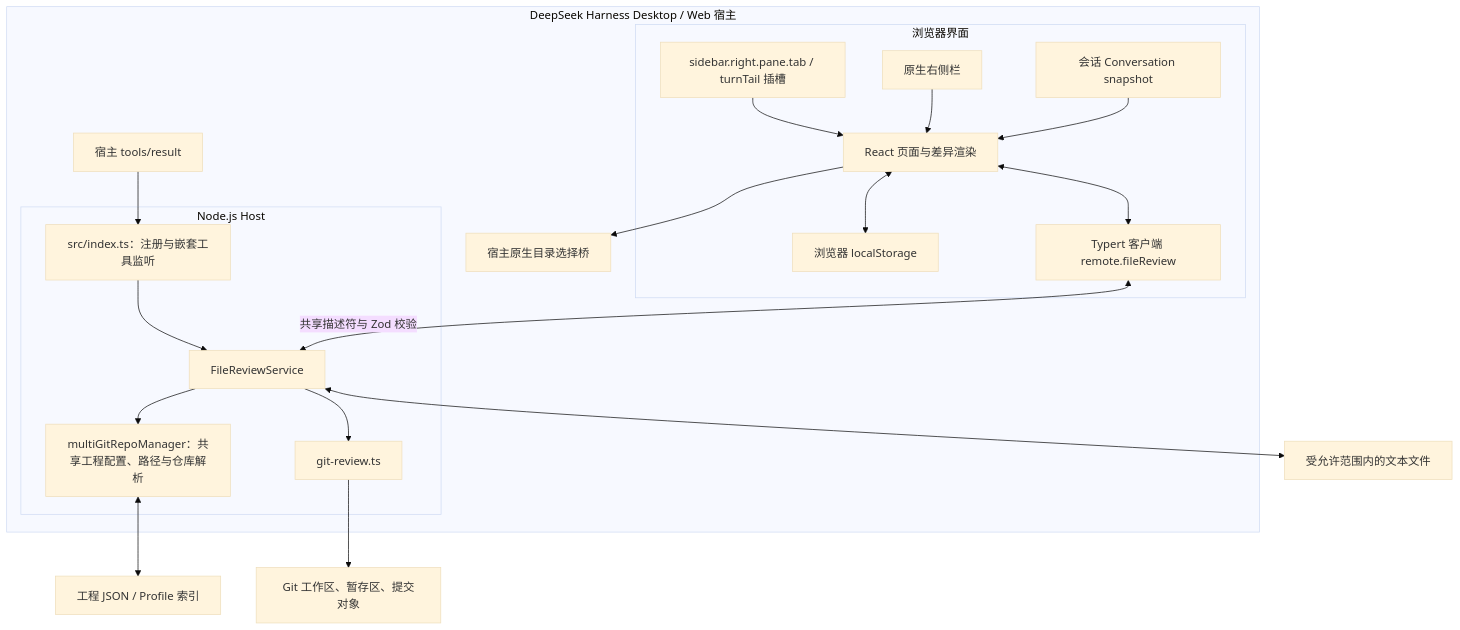
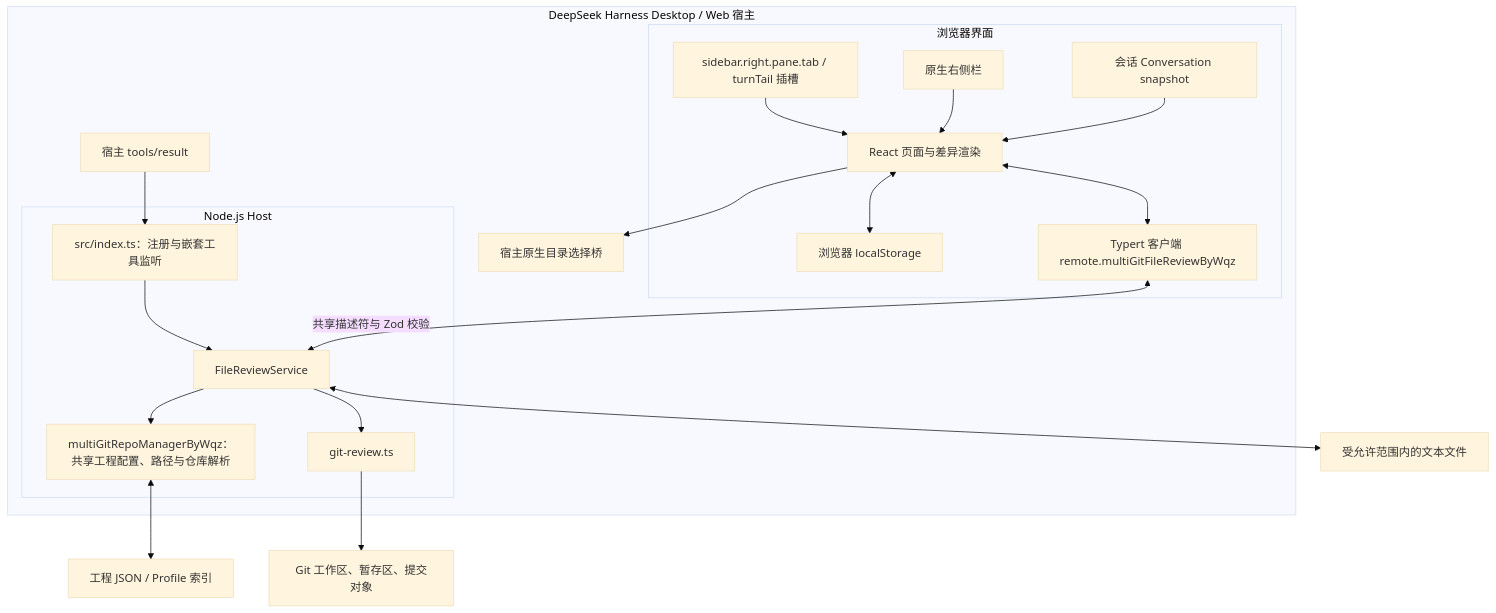
The first of 2 diagrams in docs/ARCHITECTURE.md (wuqingzhong2020/dsh-file-review-tab-Multi-git-repository), drawn with Mermaid (base theme) before and after one commit. The commit also changed other lines of this file and 63 other files, not shown here.

```diff
--- a/docs/ARCHITECTURE.md
+++ b/docs/ARCHITECTURE.md
@@ -38,33 +38,33 @@
 ~~~mermaid
 flowchart TB
   subgraph Desktop["DeepSeek Harness Desktop / Web 宿主"]
     subgraph Browser["浏览器界面"]
       Slots["sidebar.right.pane.tab / turnTail 插槽"]
       Sidebar["原生右侧栏"]
       UI["React 页面与差异渲染"]
       Snapshot["会话 Conversation snapshot"]
       Local["浏览器 localStorage"]
-      Remote["Typert 客户端 remote.fileReview"]
+      Remote["Typert 客户端 remote.multiGitFileReviewByWqz"]
       Slots --> UI
       Sidebar --> UI
       Snapshot --> UI
       UI <--> Local
       UI <--> Remote
     end
     subgraph Host["Node.js Host"]
       Entry["src/index.ts：注册与嵌套工具监听"]
       Service["FileReviewService"]
-      Workspace["multiGitRepoManager：共享工程配置、路径与仓库解析"]
+      Workspace["multiGitRepoManagerByWqz：共享工程配置、路径与仓库解析"]
       Git["git-review.ts"]
       Entry --> Service
       Service --> Workspace
       Service --> Git
     end
     Remote <-->|"共享描述符与 Zod 校验"| Service
     Tools["宿主 tools/result"] --> Entry
     UI --> Picker["宿主原生目录选择桥"]
   end
   Workspace <--> Config["工程 JSON / Profile 索引"]
   Service <--> Files["受允许范围内的文本文件"]
   Git --> GitRepos["Git 工作区、暂存区、提交对象"]
 ~~~
```
